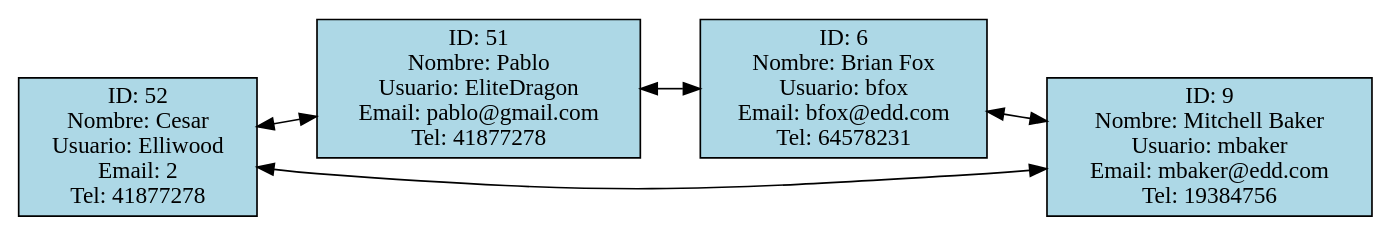
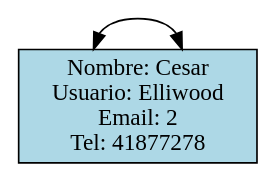
Before and after one commit to Pablo-Ortiz502/EDD-1S2025_202200231: the diagram in Fase2/contact_reports/Pablo__contactos.dot, drawn with Graphviz. The commit also changed 75 other files, not shown here.

```diff
--- a/Fase2/contact_reports/Pablo__contactos.dot
+++ b/Fase2/contact_reports/Pablo__contactos.dot
@@ -1,12 +1,6 @@
 digraph G {
   node [shape=record, style=filled, fillcolor=lightblue];
   rankdir=LR;
-  "52" [label="ID: 52\nNombre: Cesar\nUsuario: Elliwood\nEmail: 2\nTel: 41877278"];
-  "52" -> "51"[dir=both];
-  "51" [label="ID: 51\nNombre: Pablo\nUsuario: EliteDragon\nEmail: pablo@gmail.com\nTel: 41877278"];
-  "51" -> "6"[dir=both];
-  "6" [label="ID: 6\nNombre: Brian Fox\nUsuario: bfox\nEmail: bfox@edd.com\nTel: 64578231"];
-  "6" -> "9"[dir=both];
-  "9" [label="ID: 9\nNombre: Mitchell Baker\nUsuario: mbaker\nEmail: mbaker@edd.com\nTel: 19384756"];
-  "9" -> "52"[dir=both];
+  "5200" [label="Nombre: Cesar\nUsuario: Elliwood\nEmail: 2\nTel: 41877278"];
+  "5200" -> "5200"[dir=both];
 }
```
